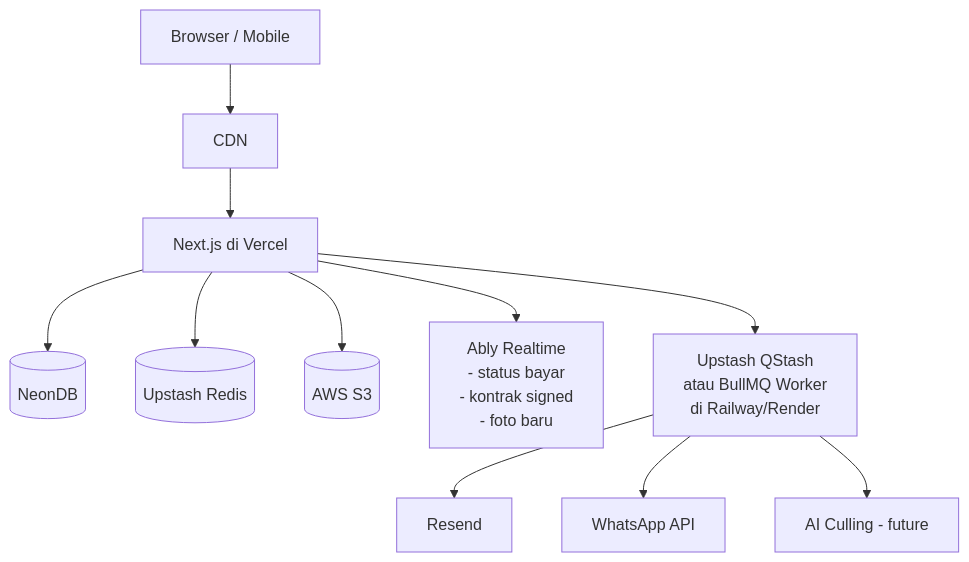
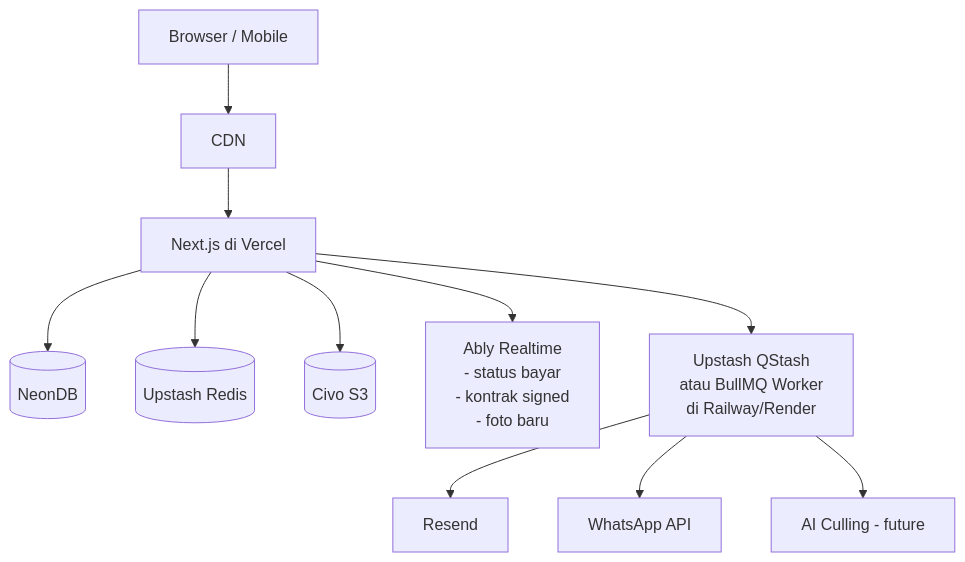
One commit to msph1973/klikframe changed the second of 2 diagrams in ARCHITECTURE.md. Above: the diagram before and after it, drawn with Mermaid. The commit also changed other lines of this file and 4 other files, not shown here.

````diff
--- a/ARCHITECTURE.md
+++ b/ARCHITECTURE.md
@@ -29,13 +29,13 @@
 ```mermaid
 flowchart TD
     Client[Browser / Mobile] --> CDN[CDN]
     CDN --> NextJS[Next.js di Vercel]
     NextJS --> NeonDB[(NeonDB)]
     NextJS --> Upstash[(Upstash Redis)]
-    NextJS --> S3[(AWS S3)]
+    NextJS --> S3[(Civo S3)]
     NextJS --> Ably[Ably Realtime<br/>- status bayar<br/>- kontrak signed<br/>- foto baru]
     NextJS --> QStash[Upstash QStash<br/>atau BullMQ Worker<br/>di Railway/Render]
     QStash --> Resend2[Resend]
     QStash --> WA[WhatsApp API]
     QStash --> AI[AI Culling - future]
 ```
````
